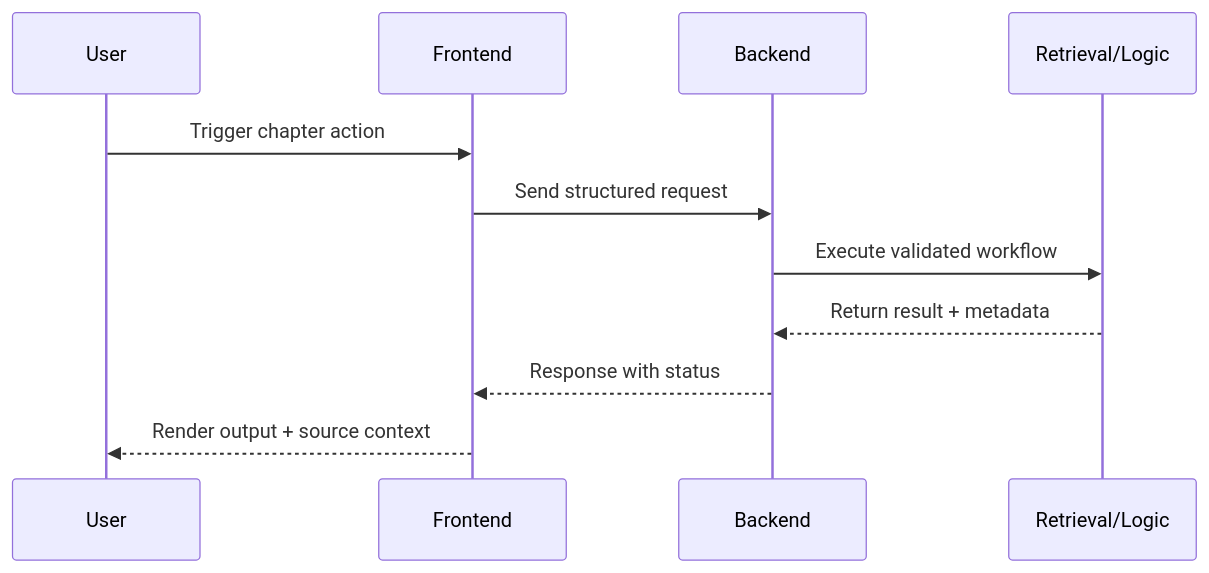
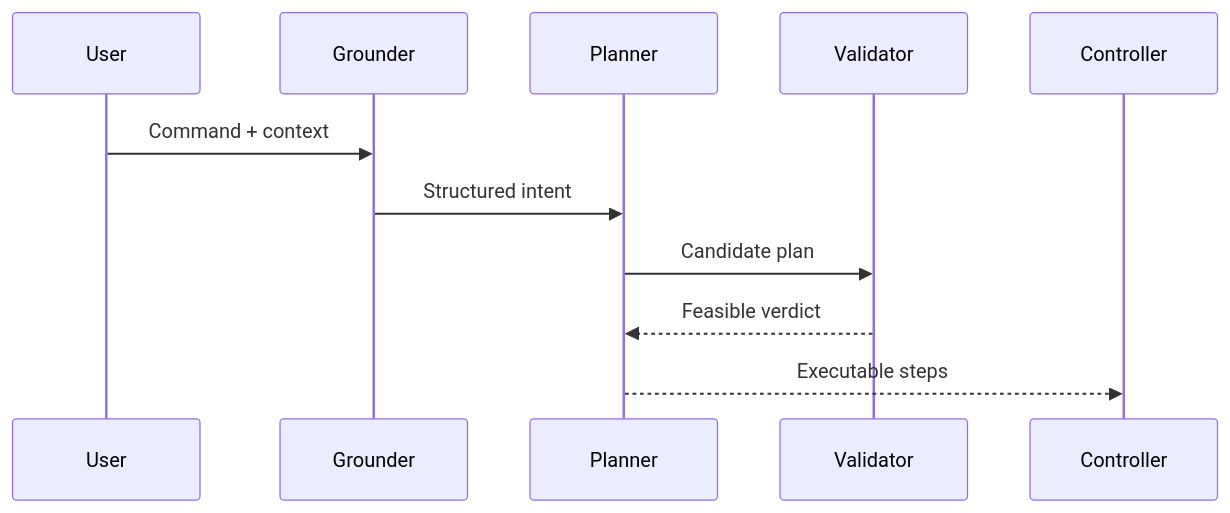
The diagram in docs/module-4-vla/grounding-and-planning.mdx (MariumAfzal2703/physical-ai-humanoid-robotics-textbook), drawn with Mermaid before and after one commit. The commit also changed other lines of this file and 13 other files, not shown here.

````diff
--- a/docs/module-4-vla/grounding-and-planning.mdx
+++ b/docs/module-4-vla/grounding-and-planning.mdx
@@ -116,13 +43,13 @@
 ```mermaid
 sequenceDiagram
   participant U as User
-  participant UI as Frontend
-  participant API as Backend
-  participant R as Retrieval/Logic
-  U->>UI: Trigger chapter action
-  UI->>API: Send structured request
-  API->>R: Execute validated workflow
-  R-->>API: Return result + metadata
-  API-->>UI: Response with status
-  UI-->>U: Render output + source context
+  participant G as Grounder
+  participant P as Planner
+  participant V as Validator
+  participant C as Controller
+  U->>G: Command + context
+  G->>P: Structured intent
+  P->>V: Candidate plan
+  V-->>P: Feasible verdict
+  P-->>C: Executable steps
 ```
````
